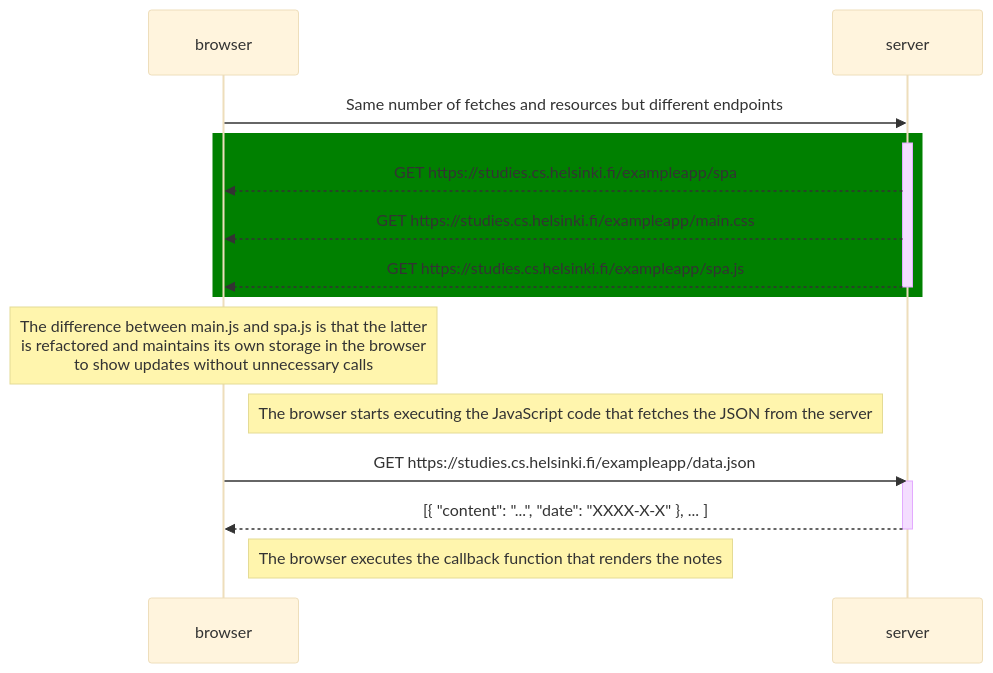
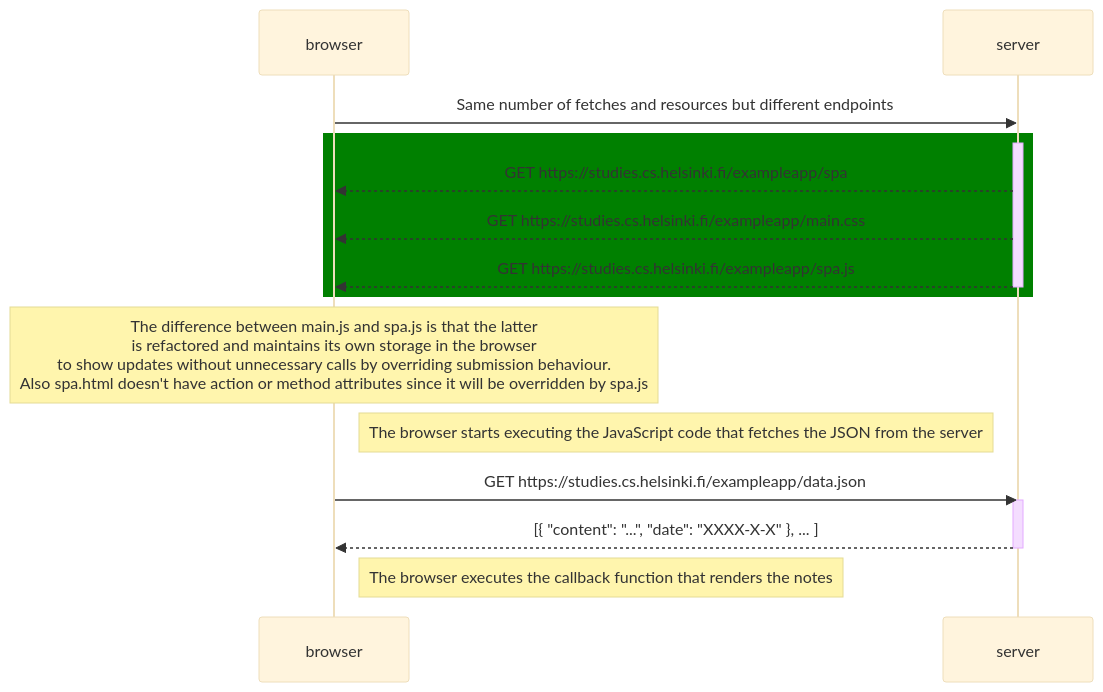
Before and after one commit to WindOfXaos/fullstackopen: the diagram in part0/spa.md, drawn with Mermaid (base theme).

````diff
--- a/part0/spa.md
+++ b/part0/spa.md
@@ -1,24 +1,24 @@
 ```mermaid
 sequenceDiagram
     participant browser
     participant server
 
     browser->>server: Same number of fetches and resources but different endpoints
     rect green
         activate server
         server-->>browser: GET https://studies.cs.helsinki.fi/exampleapp/spa
         server-->>browser: GET https://studies.cs.helsinki.fi/exampleapp/main.css
         server-->>browser: GET https://studies.cs.helsinki.fi/exampleapp/spa.js
         deactivate server
     end
-    Note over browser: The difference between main.js and spa.js is that the latter<br>is refactored and maintains its own storage in the browser<br>to show updates without unnecessary calls
+    Note over browser: The difference between main.js and spa.js is that the latter<br>is refactored and maintains its own storage in the browser<br>to show updates without unnecessary calls by overriding submission behaviour.<br>Also spa.html doesn't have action or method attributes since it will be overridden by spa.js
 
     Note right of browser: The browser starts executing the JavaScript code that fetches the JSON from the server
 
     browser->>server: GET https://studies.cs.helsinki.fi/exampleapp/data.json
     activate server
     server-->>browser: [{ "content": "...", "date": "XXXX-X-X" }, ... ]
     deactivate server
 
     Note right of browser: The browser executes the callback function that renders the notes
 ```
````
